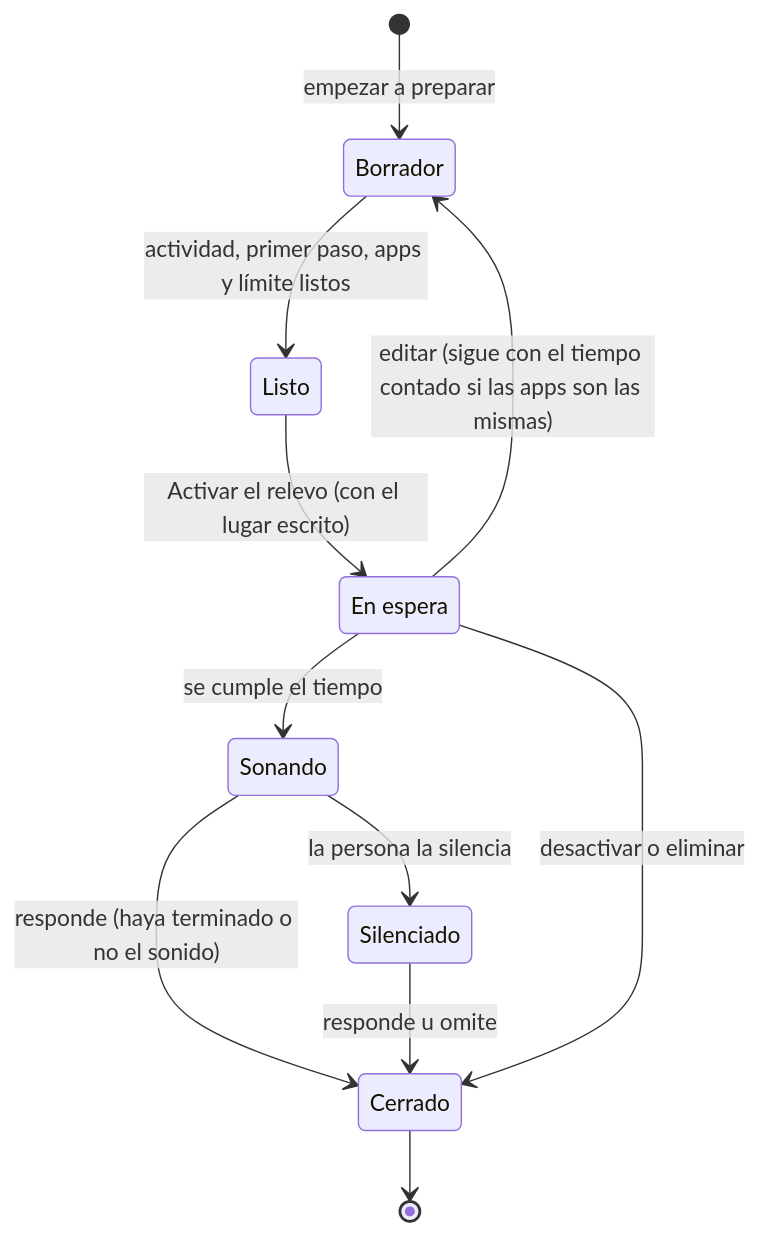
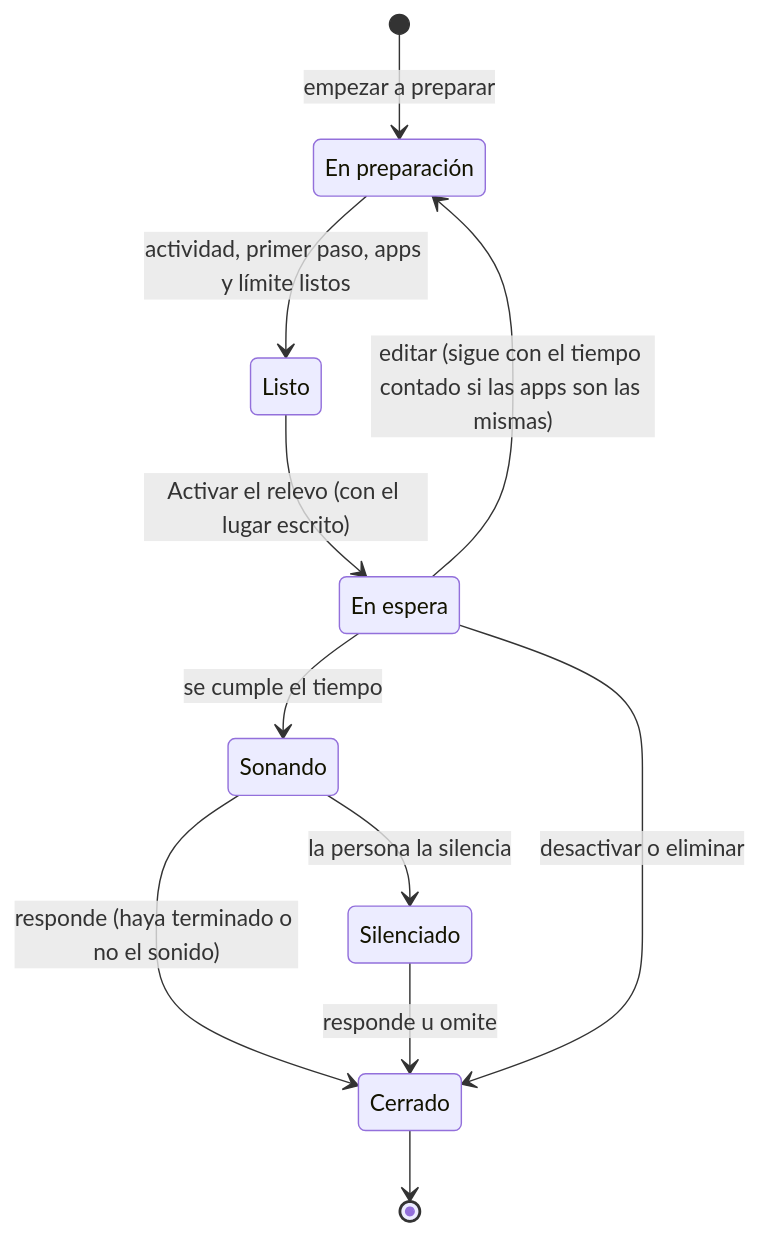
The diagram in 08_memoria/anexos/anexo-g-android.md (joan1542003-byte/proyecto-titulo), drawn with Mermaid before and after one commit. The commit also changed other lines of this file and 134 other files, not shown here.

````diff
--- a/08_memoria/anexos/anexo-g-android.md
+++ b/08_memoria/anexos/anexo-g-android.md
@@ -61,19 +61,19 @@
 ```mermaid
 stateDiagram-v2
-  state "Borrador" as DRAFT
+  state "En preparación" as DRAFT
   state "Listo" as READY
   state "En espera" as WAITING
   state "Sonando" as SIGNALLED
   state "Silenciado" as SILENCED
   state "Cerrado" as CLOSED
   [*] --> DRAFT: empezar a preparar
   DRAFT --> READY: actividad, primer paso, apps y límite listos
   READY --> WAITING: Activar el relevo (con el lugar escrito)
   WAITING --> DRAFT: editar (sigue con el tiempo contado si las apps son las mismas)
   WAITING --> SIGNALLED: se cumple el tiempo
   SIGNALLED --> SILENCED: la persona la silencia
   SIGNALLED --> CLOSED: responde (haya terminado o no el sonido)
   SILENCED --> CLOSED: responde u omite
   WAITING --> CLOSED: desactivar o eliminar
   CLOSED --> [*]
 ```
````
